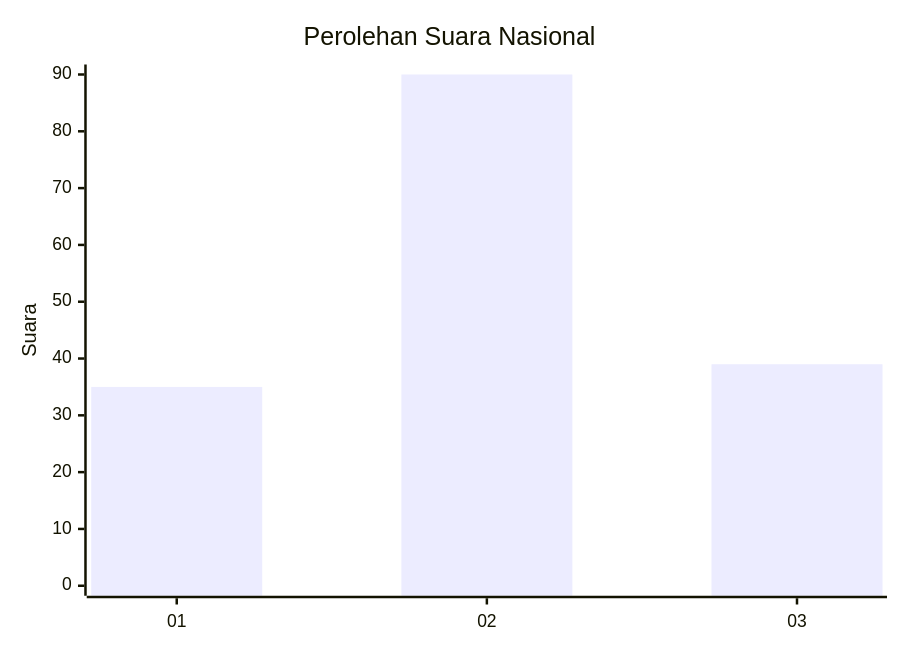
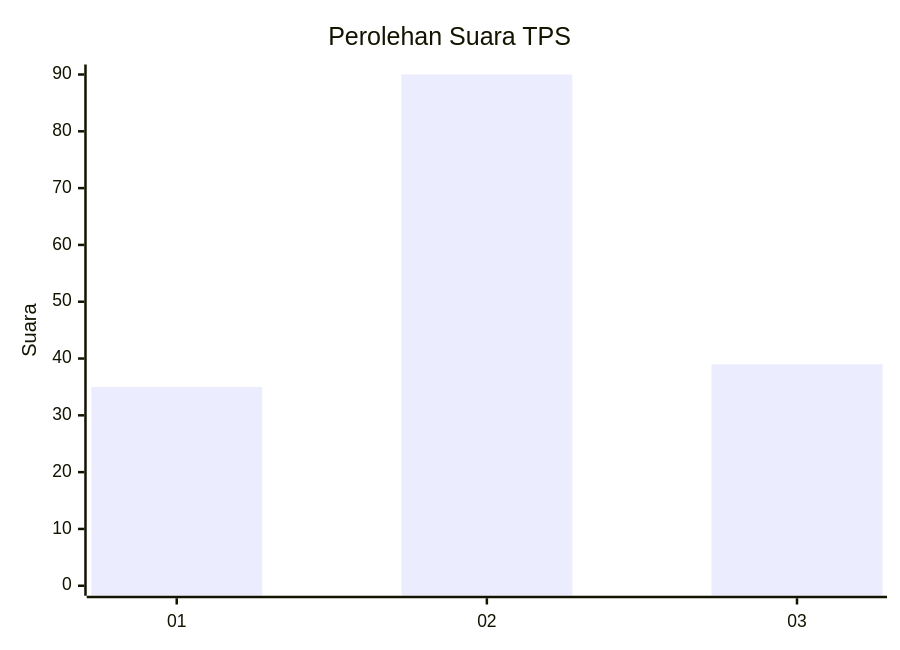
One commit to gigit-pemilu/pemilu-2024-91-papua changed the first of 2 diagrams in pilpres/hitung-suara/sub/91-papua/sub/71-kota-jayapura/sub/01-jayapura-utara/sub/1001-gurabesi/sub/023-tps/README.md. Above: the diagram before and after it, drawn with Mermaid. The commit also changed other lines of this file and 990 other files, not shown here.

````diff
--- a/pilpres/hitung-suara/sub/91-papua/sub/71-kota-jayapura/sub/01-jayapura-utara/sub/1001-gurabesi/sub/023-tps/README.md
+++ b/pilpres/hitung-suara/sub/91-papua/sub/71-kota-jayapura/sub/01-jayapura-utara/sub/1001-gurabesi/sub/023-tps/README.md
@@ -5,7 +5,7 @@
 ```mermaid
 xychart-beta
-    title "Perolehan Suara Nasional"
+    title "Perolehan Suara TPS"
     x-axis [01, 02, 03]
     y-axis "Suara" 0 --> 90
     bar [35, 90, 39]
 ```
````
